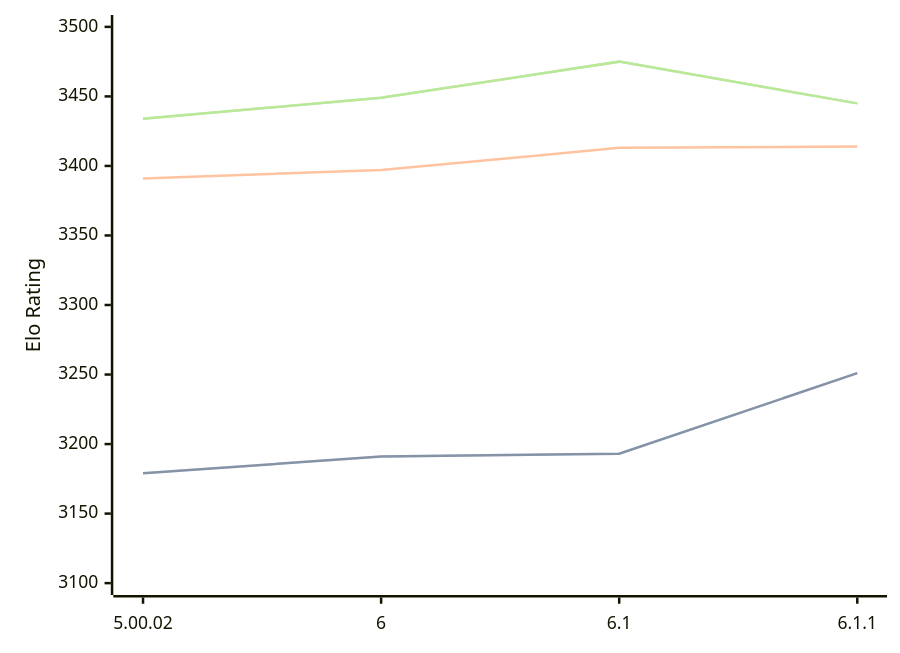
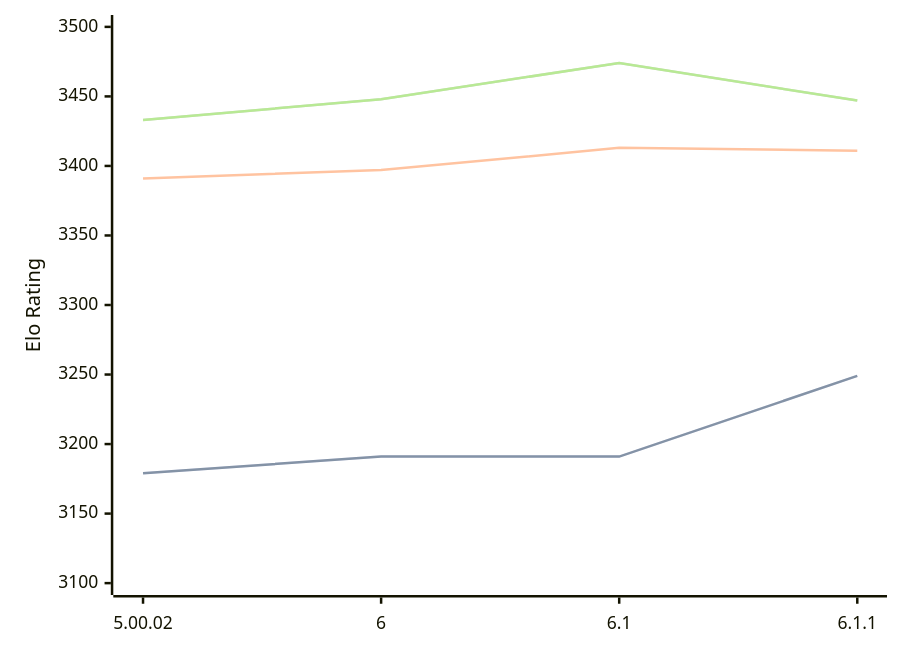
The diagram in engines/Zangdar.md (computer-chess-index/cci), drawn with Mermaid before and after one commit. The commit also changed other lines of this file, not shown here.

Commit message:
Update CCI Ratings (ELO VLTC) - 2026-03-01

````diff
--- a/engines/Zangdar.md
+++ b/engines/Zangdar.md
@@ -44,11 +44,11 @@
 ```mermaid
 %%{init: {"theme":"base","themeVariables":{"seriesColors:['#a3a3a3','#222221','#faa371']}}}%%
 xychart-beta
   x-axis ["5.00.02", "6", "6.1", "6.1.1"]
   y-axis "Elo Rating" 3100 --> 3500
-  line "STC (8.0+0.08s)" [3179, 3191, 3193, 3251]
-  line "STC (8.0+0.08s)" [3179, 3191, 3193, 3251]
-  line "LTC (60.0+0.60s)" [3391, 3397, 3413, 3414]
-  line "VLTC (2m24s+1.12s)" [3434, 3449, 3475, 3445]
-  line "VLTC (2m24s+1.12s)" [3434, 3449, 3475, 3445]
+  line "STC (8.0+0.08s)" [3179, 3191, 3191, 3249]
+  line "STC (8.0+0.08s)" [3179, 3191, 3191, 3249]
+  line "LTC (60.0+0.60s)" [3391, 3397, 3413, 3411]
+  line "VLTC (2m24s+1.12s)" [3433, 3448, 3474, 3447]
+  line "VLTC (2m24s+1.12s)" [3433, 3448, 3474, 3447]
 ```
````
